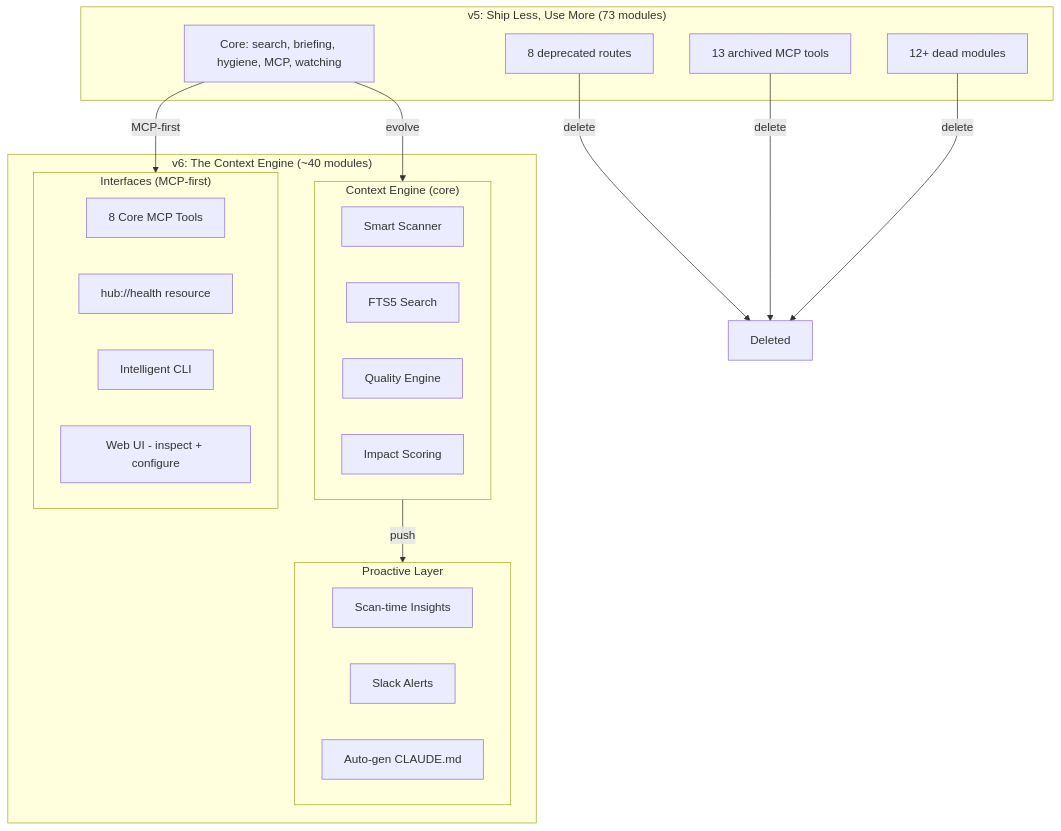
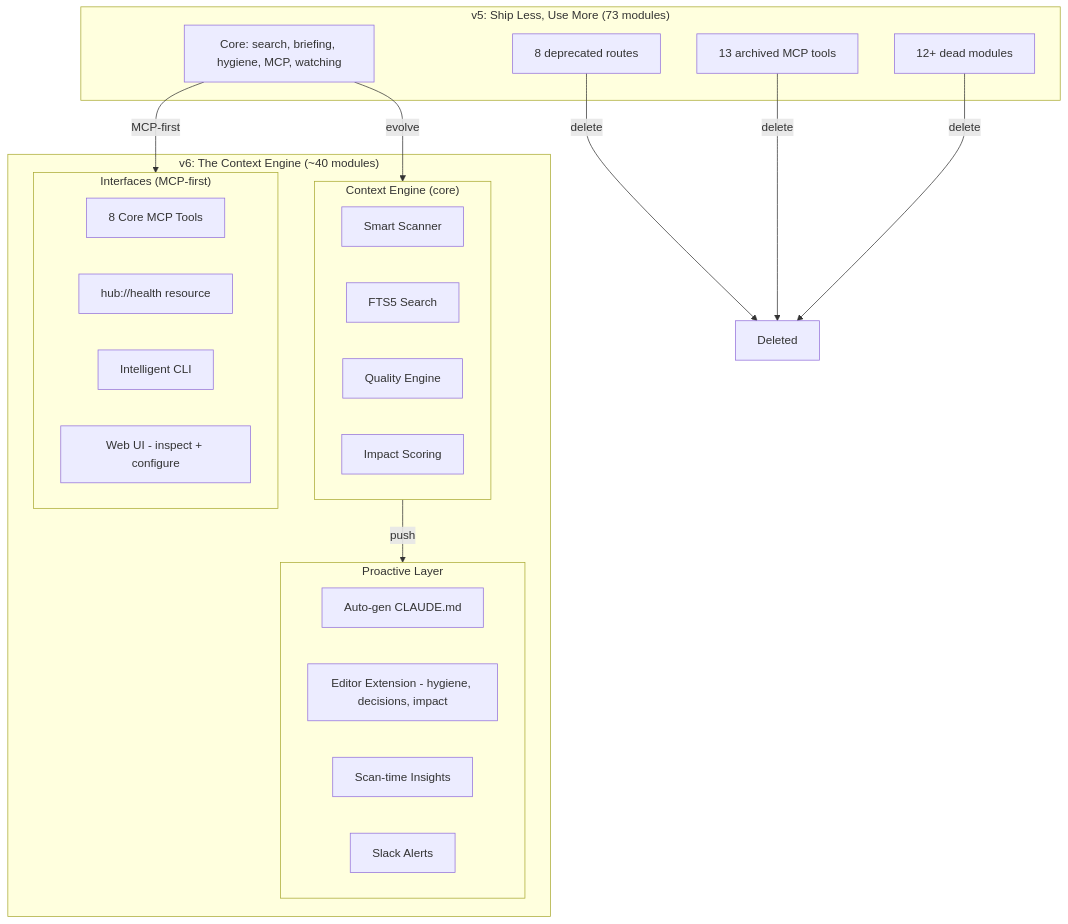
Before and after one commit to ahmedkhaledmohamed/the-hub: the diagram in docs/future-developments.md, drawn with Mermaid. The commit also changed other lines of this file, not shown here.

First line of the commit message:
Add editor extension to v6 strategy — scoped to what Cursor lacks

````diff
--- a/docs/future-developments.md
+++ b/docs/future-developments.md
@@ -193,38 +204,39 @@
 ```mermaid
 flowchart TD
     subgraph v5["v5: Ship Less, Use More (73 modules)"]
         Deprecated[8 deprecated routes]
         Archived[13 archived MCP tools]
         Dead[12+ dead modules]
         Core5[Core: search, briefing, hygiene, MCP, watching]
     end
 
     subgraph v6["v6: The Context Engine (~40 modules)"]
         subgraph Engine["Context Engine (core)"]
             Scanner[Smart Scanner]
             FTS[FTS5 Search]
             Hygiene[Quality Engine]
             Impact[Impact Scoring]
         end
 
         subgraph Interfaces["Interfaces (MCP-first)"]
             MCP8[8 Core MCP Tools]
             Health[hub://health resource]
             CLI[Intelligent CLI]
             Web[Web UI - inspect + configure]
         end
 
         subgraph Proactive["Proactive Layer"]
+            ContextFiles[Auto-gen CLAUDE.md]
+            EditorExt[Editor Extension - hygiene, decisions, impact]
             ScanInsights[Scan-time Insights]
             SlackAlerts[Slack Alerts]
-            ContextFiles[Auto-gen CLAUDE.md]
         end
     end
 
     Deprecated -->|delete| Gone[Deleted]
     Archived -->|delete| Gone
     Dead -->|delete| Gone
     Core5 -->|evolve| Engine
     Core5 -->|MCP-first| Interfaces
     Engine -->|push| Proactive
 ```
````
